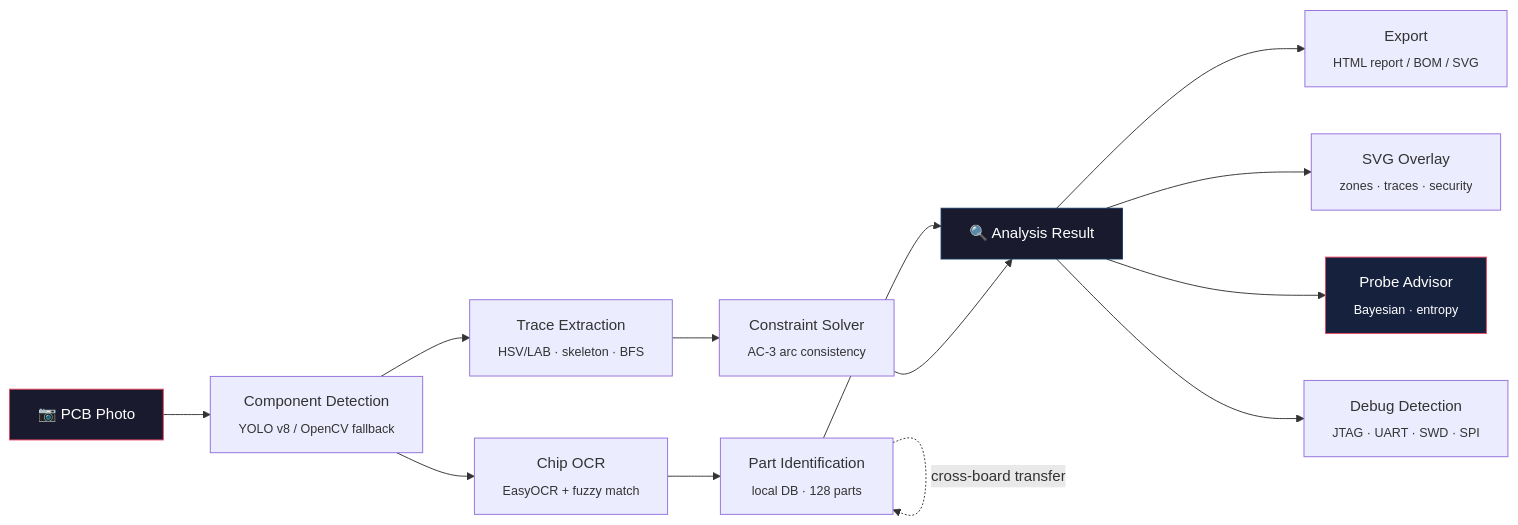
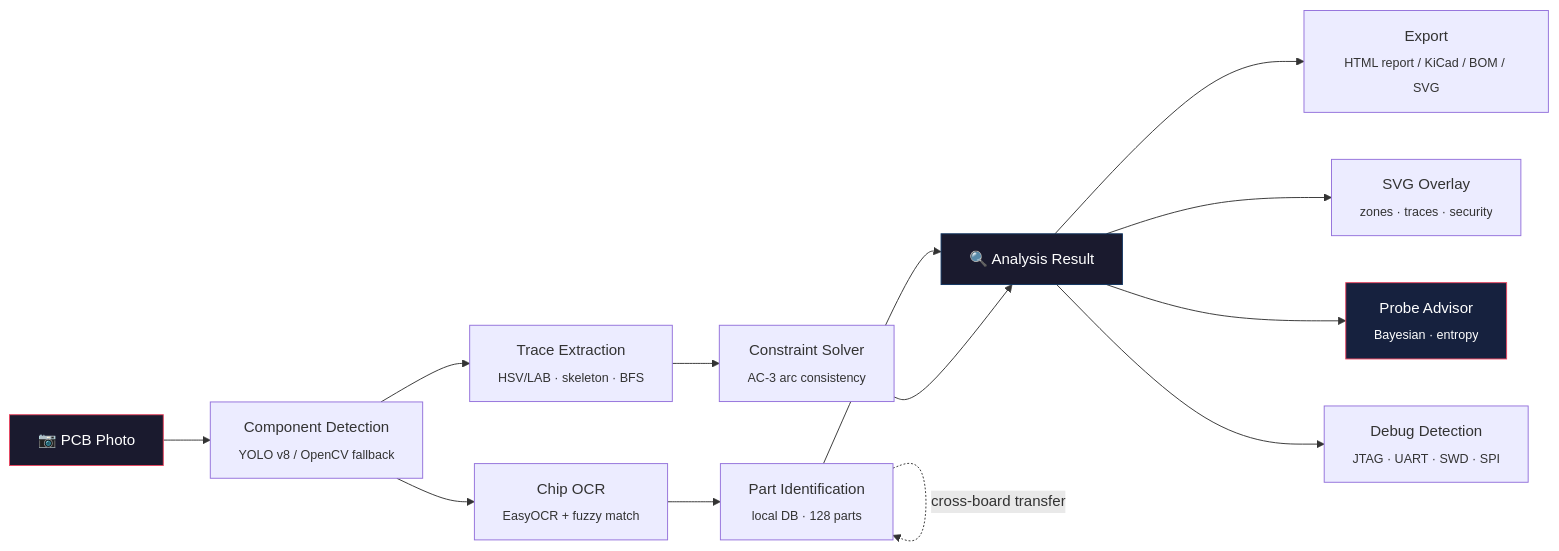
One commit to ericrihm/retrace changed the diagram in README.md. Above: the diagram before and after it, drawn with Mermaid. The commit also changed other lines of this file and 27 other files, not shown here.

First line of the commit message:
feat: KiCad netlist exporter, export-kicad CLI, assessment deliverables table

````diff
--- a/README.md
+++ b/README.md
@@ -209,19 +209,19 @@
 ```mermaid
 graph LR
     A["📷 PCB Photo"] --> B["Component Detection\n<sub>YOLO v8 / OpenCV fallback</sub>"]
     B --> C["Chip OCR\n<sub>EasyOCR + fuzzy match</sub>"]
     B --> D["Trace Extraction\n<sub>HSV/LAB · skeleton · BFS</sub>"]
     C --> E["Part Identification\n<sub>local DB · 128 parts</sub>"]
     D --> F["Constraint Solver\n<sub>AC-3 arc consistency</sub>"]
     E --> G["🔍 Analysis Result"]
     E -.->|"cross-board transfer"| E
     F --> G
-    G --> H["Export\n<sub>HTML report / BOM / SVG</sub>"]
+    G --> H["Export\n<sub>HTML report / KiCad / BOM / SVG</sub>"]
     G --> I["SVG Overlay\n<sub>zones · traces · security</sub>"]
     G --> J["Probe Advisor\n<sub>Bayesian · entropy</sub>"]
     G --> K["Debug Detection\n<sub>JTAG · UART · SWD · SPI</sub>"]
 
     style A fill:#1a1a2e,stroke:#e94560,color:#fff
     style G fill:#1a1a2e,stroke:#0f3460,color:#fff
     style J fill:#16213e,stroke:#e94560,color:#fff
 ```
````
